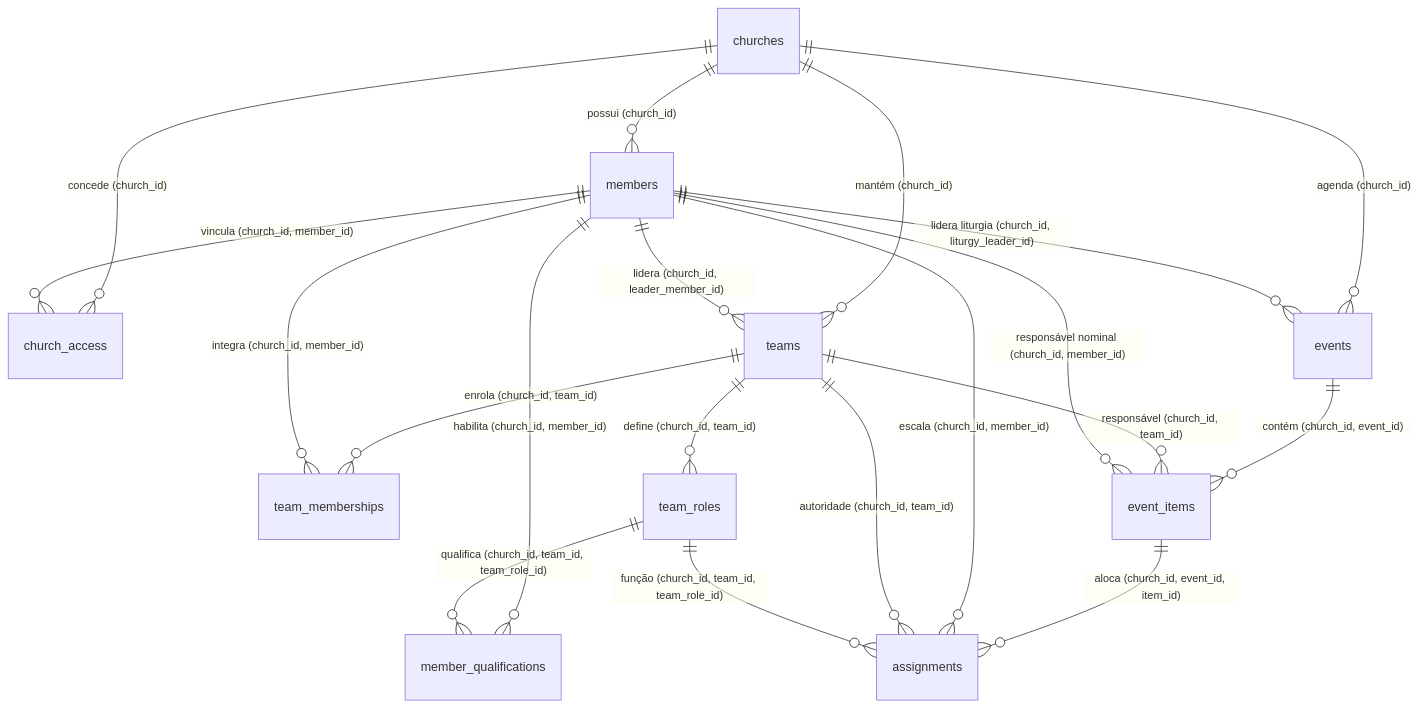
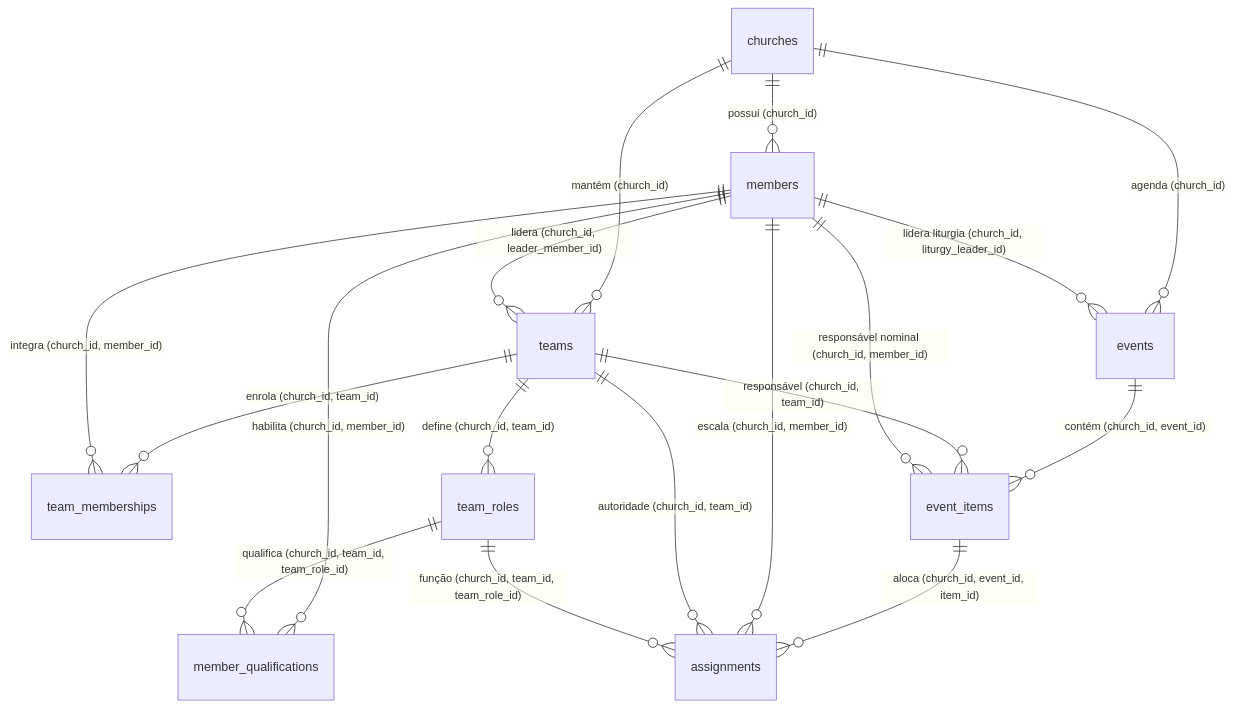
One commit to dgnoleto/escala-do-reino changed the diagram in docs/CONTRATO-FONTE-REAL-DEPENDENCIAS-LITURGICAS.md. Above: the diagram before and after it, drawn with Mermaid. The commit also changed other lines of this file and 8 other files, not shown here.

````diff
--- a/docs/CONTRATO-FONTE-REAL-DEPENDENCIAS-LITURGICAS.md
+++ b/docs/CONTRATO-FONTE-REAL-DEPENDENCIAS-LITURGICAS.md
@@ -26,22 +80,20 @@
 ```mermaid
 erDiagram
     churches ||--o{ members : "possui (church_id)"
-    churches ||--o{ church_access : "concede (church_id)"
-    members ||--o{ church_access : "vincula (church_id, member_id)"
     churches ||--o{ teams : "mantém (church_id)"
     members ||--o{ teams : "lidera (church_id, leader_member_id)"
     teams ||--o{ team_memberships : "enrola (church_id, team_id)"
     members ||--o{ team_memberships : "integra (church_id, member_id)"
     teams ||--o{ team_roles : "define (church_id, team_id)"
     members ||--o{ member_qualifications : "habilita (church_id, member_id)"
     team_roles ||--o{ member_qualifications : "qualifica (church_id, team_id, team_role_id)"
     churches ||--o{ events : "agenda (church_id)"
     members ||--o{ events : "lidera liturgia (church_id, liturgy_leader_id)"
     events ||--o{ event_items : "contém (church_id, event_id)"
     teams ||--o{ event_items : "responsável (church_id, team_id)"
     members ||--o{ event_items : "responsável nominal (church_id, member_id)"
     event_items ||--o{ assignments : "aloca (church_id, event_id, item_id)"
     members ||--o{ assignments : "escala (church_id, member_id)"
     teams ||--o{ assignments : "autoridade (church_id, team_id)"
     team_roles ||--o{ assignments : "função (church_id, team_id, team_role_id)"
 ```
````
